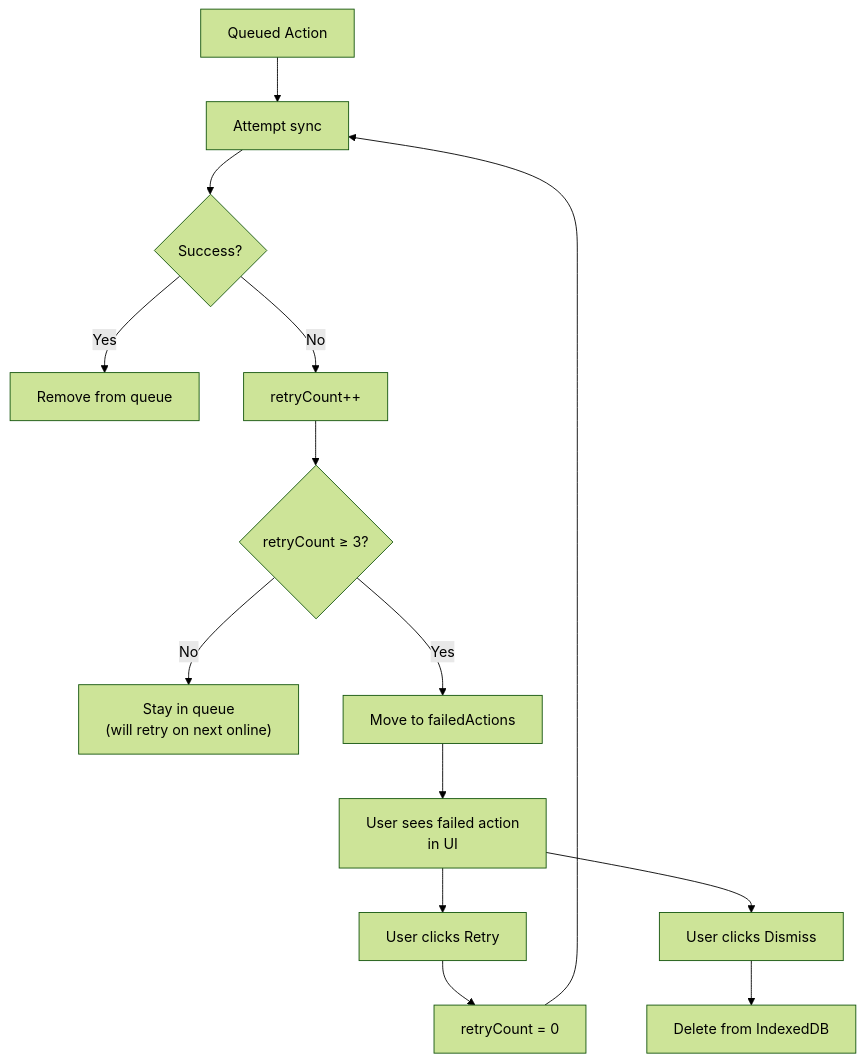
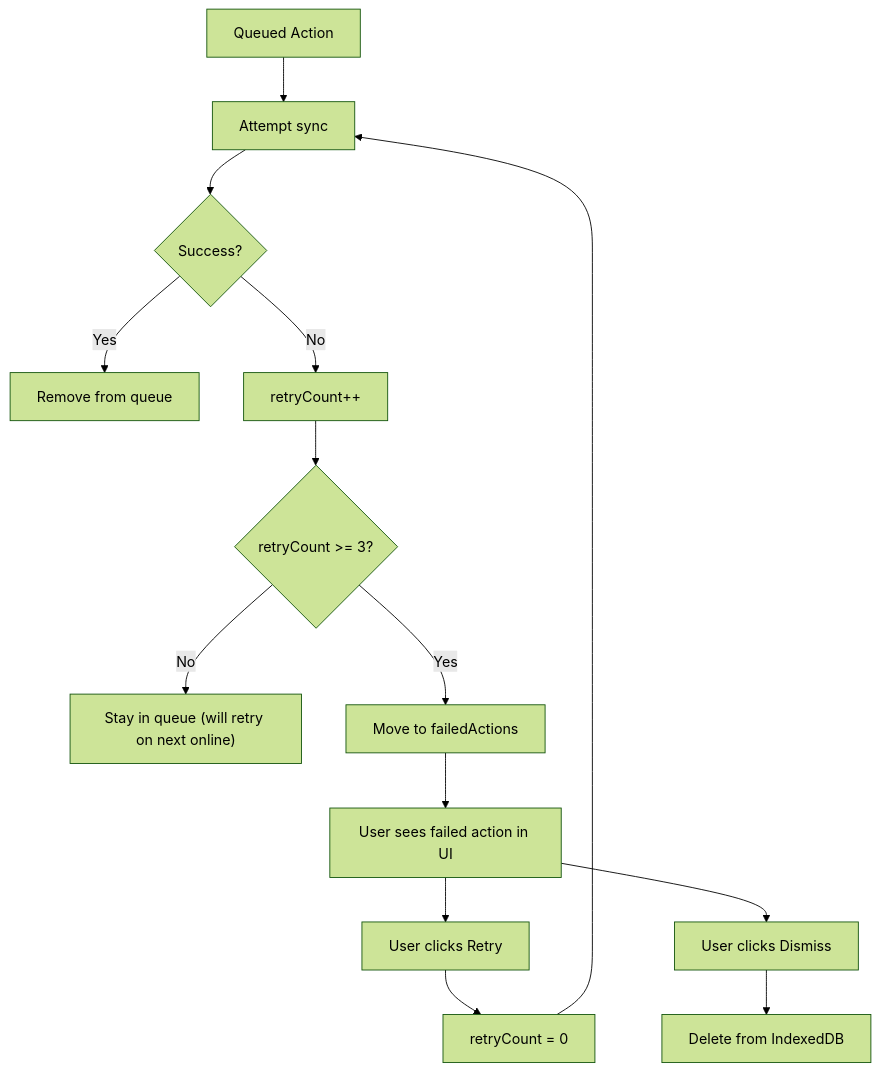
Before and after one commit to asefahmed500/Smart-Task-App_IIT_DU_Final_Project: the seventh of 7 diagrams in docs/08-offline-queue.md, drawn with Mermaid (forest theme). The commit also changed other lines of this file and 8 other files, not shown here.

Commit message:
fix: remove br tags from mermaid diagrams for GitHub rendering

````diff
--- a/docs/08-offline-queue.md
+++ b/docs/08-offline-queue.md
@@ -232,20 +232,20 @@
 ```mermaid
 flowchart TD
     ACTION["Queued Action"] --> ATTEMPT["Attempt sync"]
     ATTEMPT --> SUCCESS{"Success?"}
 
     SUCCESS -->|Yes| REMOVE["Remove from queue"]
     SUCCESS -->|No| INCREMENT["retryCount++"]
 
-    INCREMENT --> CHECK{"retryCount ≥ 3?"}
-    CHECK -->|No| KEEP["Stay in queue<br/>(will retry on next online)"]
+    INCREMENT --> CHECK{"retryCount >= 3?"}
+    CHECK -->|No| KEEP["Stay in queue (will retry on next online)"]
     CHECK -->|Yes| FAIL["Move to failedActions"]
 
-    FAIL --> USER["User sees failed action<br/>in UI"]
+    FAIL --> USER["User sees failed action in UI"]
     USER --> RETRY_BTN["User clicks Retry"]
     RETRY_BTN --> RESET["retryCount = 0"]
     RESET --> ATTEMPT
 
     USER --> DISMISS_BTN["User clicks Dismiss"]
     DISMISS_BTN --> DELETE["Delete from IndexedDB"]
 ```
````
